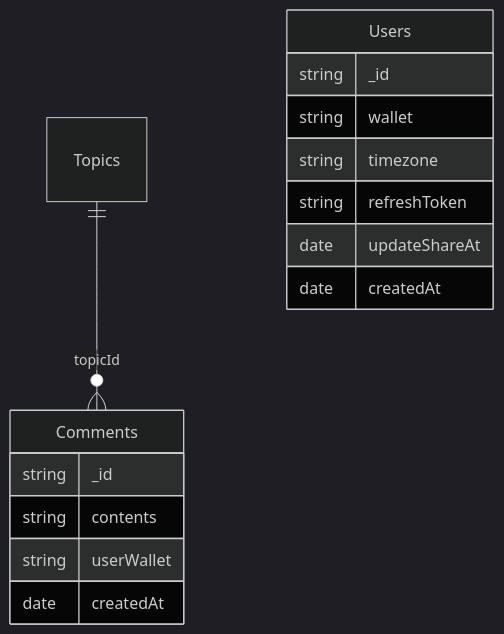
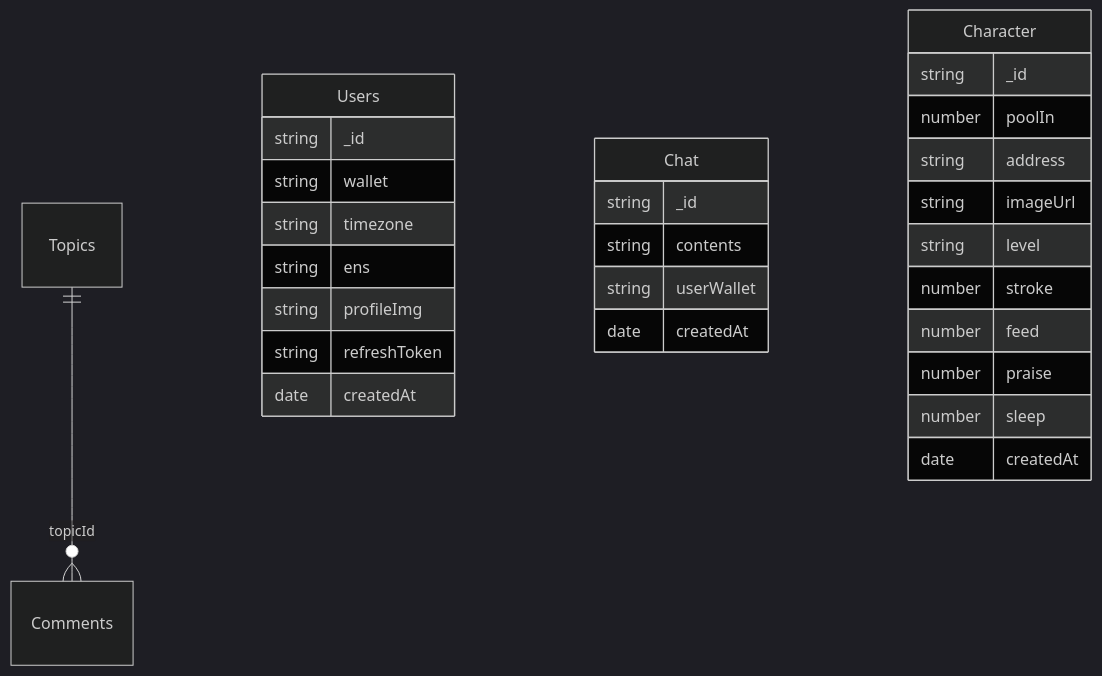
Before and after one commit to squad-labs/kumagotchi-server: the diagram in README.md, drawn with Mermaid (dark theme). The commit also changed 11 other files, not shown here.

````diff
--- a/README.md
+++ b/README.md
@@ -5,20 +5,34 @@
 ```mermaid
 erDiagram
   Topics ||--o{ Comments : topicId
 
   Users {
     string _id
     string wallet
     string timezone
+    string ens
+    string profileImg
     string refreshToken
-    date updateShareAt
     date createdAt
   }
 
-  Comments {
+  Chat {
     string _id
     string contents
     string userWallet
     date createdAt
   }
+
+  Character {
+    string _id
+    number poolIn
+    string address
+    string imageUrl
+    string level
+    number stroke
+    number feed
+    number praise
+    number sleep
+    date createdAt
+  }
 ```
````
